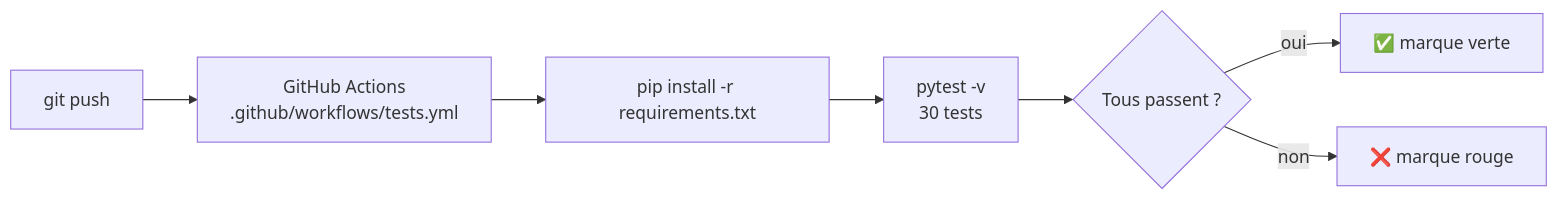
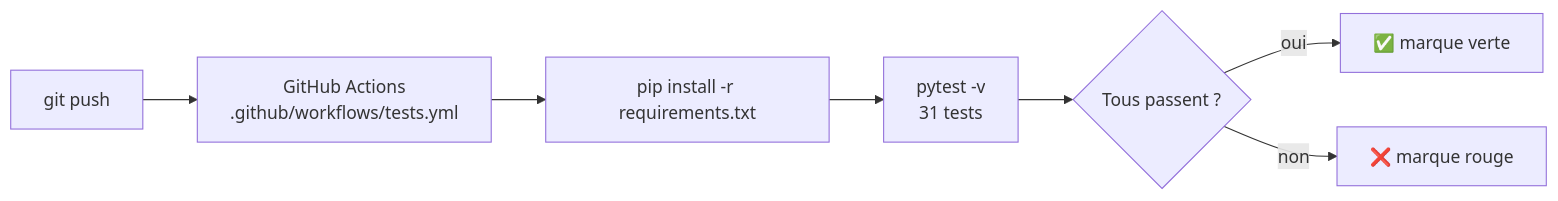
The fifth of 5 diagrams in ARCHITECTURE.md (Katbejr/projet_2_inf1007_), drawn with Mermaid before and after one commit. The commit also changed other lines of this file and 13 other files, not shown here.

````diff
--- a/ARCHITECTURE.md
+++ b/ARCHITECTURE.md
@@ -236,9 +236,9 @@
 ```mermaid
 flowchart LR
     push["git push"] --> ci["GitHub Actions<br/>.github/workflows/tests.yml"]
     ci --> install["pip install -r requirements.txt"]
-    install --> pytest["pytest -v<br/>30 tests"]
+    install --> pytest["pytest -v<br/>31 tests"]
     pytest --> verdict{"Tous passent ?"}
     verdict -- oui --> vert["✅ marque verte"]
     verdict -- non --> rouge["❌ marque rouge"]
 ```
````
